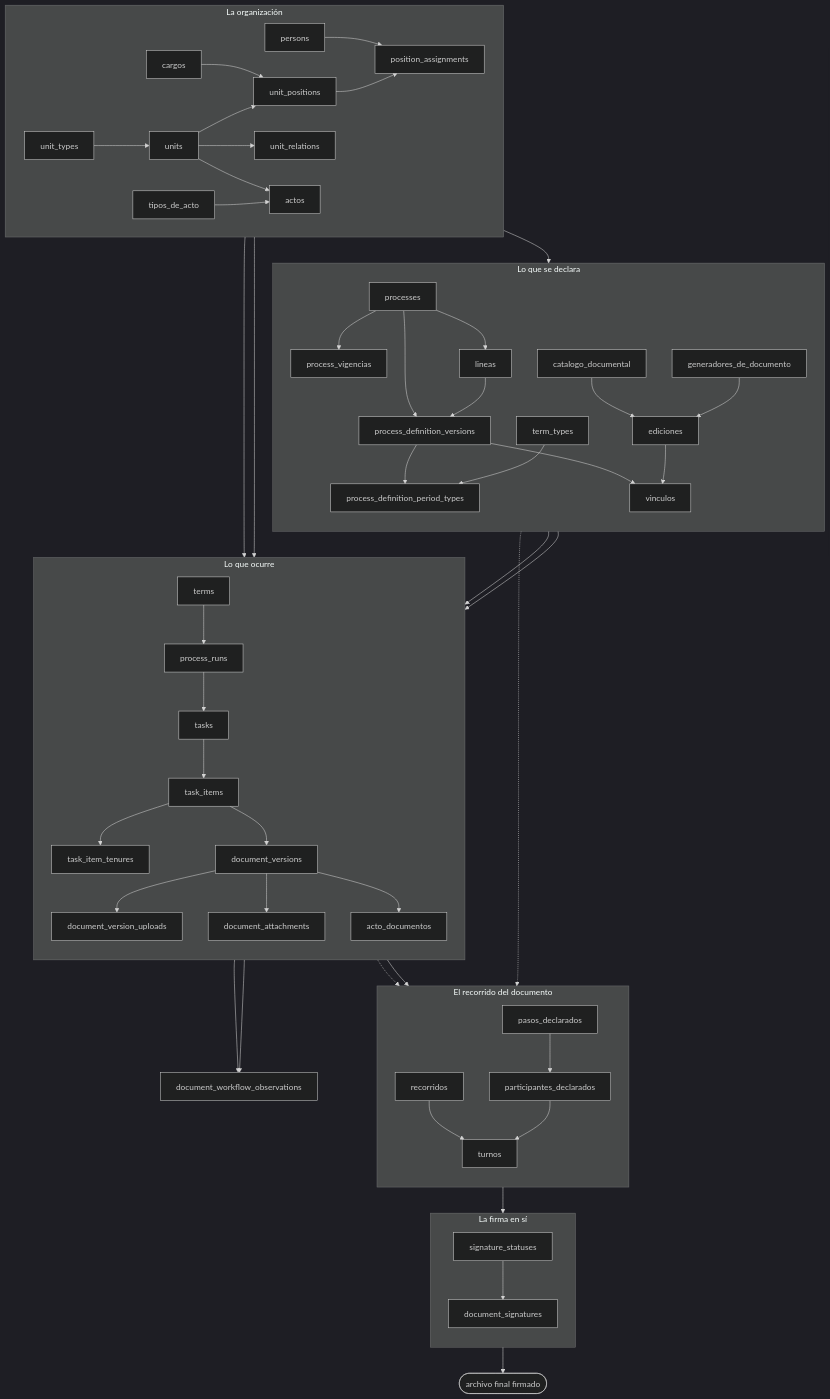
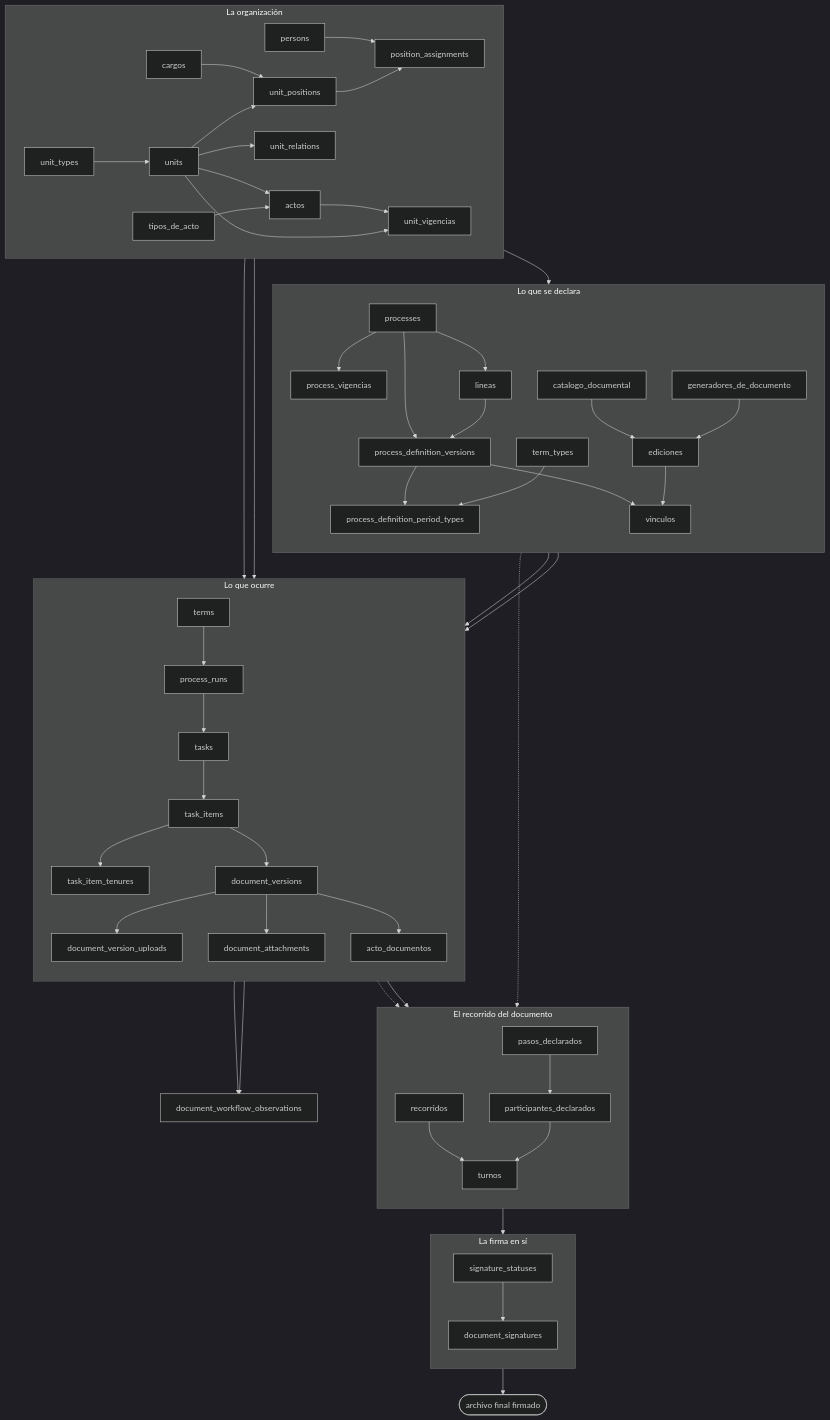
One commit to fresvel/deasy changed the diagram in docs/src/content/docs/modelo/mapa-completo.md. Above: the diagram before and after it, drawn with Mermaid (dark theme). The commit also changed other lines of this file and 42 other files, not shown here.

````diff
--- a/docs/src/content/docs/modelo/mapa-completo.md
+++ b/docs/src/content/docs/modelo/mapa-completo.md
@@ -22,66 +22,68 @@
 ```mermaid
 flowchart TB
   subgraph ORG["La organización"]
     direction LR
     UT["unit_types"] --> U["units"]
     U --> UP["unit_positions"]
     C["cargos"] --> UP
     UP --> PA["position_assignments"]
     P["persons"] --> PA
     U --> UR["unit_relations"]
+    U --> UV["unit_vigencias"]
     TDA["tipos_de_acto"] --> ACT["actos"]
     U --> ACT
+    ACT --> UV
   end
 
   subgraph DECL["Lo que se declara"]
     direction TB
     PR["processes"] --> PDV["process_definition_versions"]
     PR --> PV["process_vigencias"]
     ACT --> PV
     PR --> LIN["lineas"]
     LIN --> PDV
     PDV --> PDPT["process_definition_period_types"]
     TT["term_types"] --> PDPT
     DEL["catalogo_documental"] --> TA["ediciones"]
     GEN["generadores_de_documento"] --> TA
     PDV --> PDT["vinculos"]
     TA --> PDT
   end
 
   subgraph EJEC["Lo que ocurre"]
     direction TB
     PDV --> RUN["process_runs"]
     TERM["terms"] --> RUN
     RUN --> T["tasks"]
     T --> TI["task_items"]
     PDT --> TI
     UP --> TI
     TI --> TEN["task_item_tenures"]
     TI --> DV["document_versions"]
     DV --> DVU["document_version_uploads"]
     DV --> DA["document_attachments"]
     DV --> AD["acto_documentos"]
   end
 
   ACT --> AD
 
   subgraph REC["El recorrido del documento"]
     direction TB
     PASO["pasos_declarados"] --> PART["participantes_declarados"]
     RECO["recorridos"] --> TUR["turnos"]
     PART --> TUR
   end
 
   subgraph FIR["La firma en sí"]
     direction TB
     TUR --> DS["document_signatures"]
     SS["signature_statuses"] --> DS
   end
 
   TA -.-> PASO
   TI -.-> PASO
   DV --> RECO
   DS --> FIN(["archivo final firmado"])
   TI --> OBS["document_workflow_observations"]
   DV --> OBS
 ```
````
